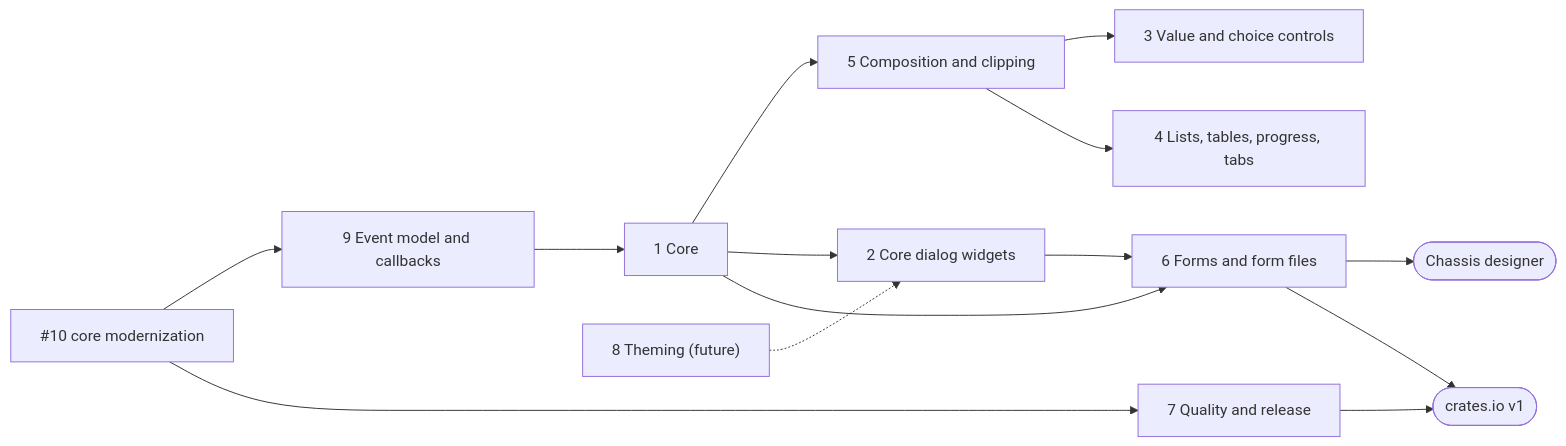
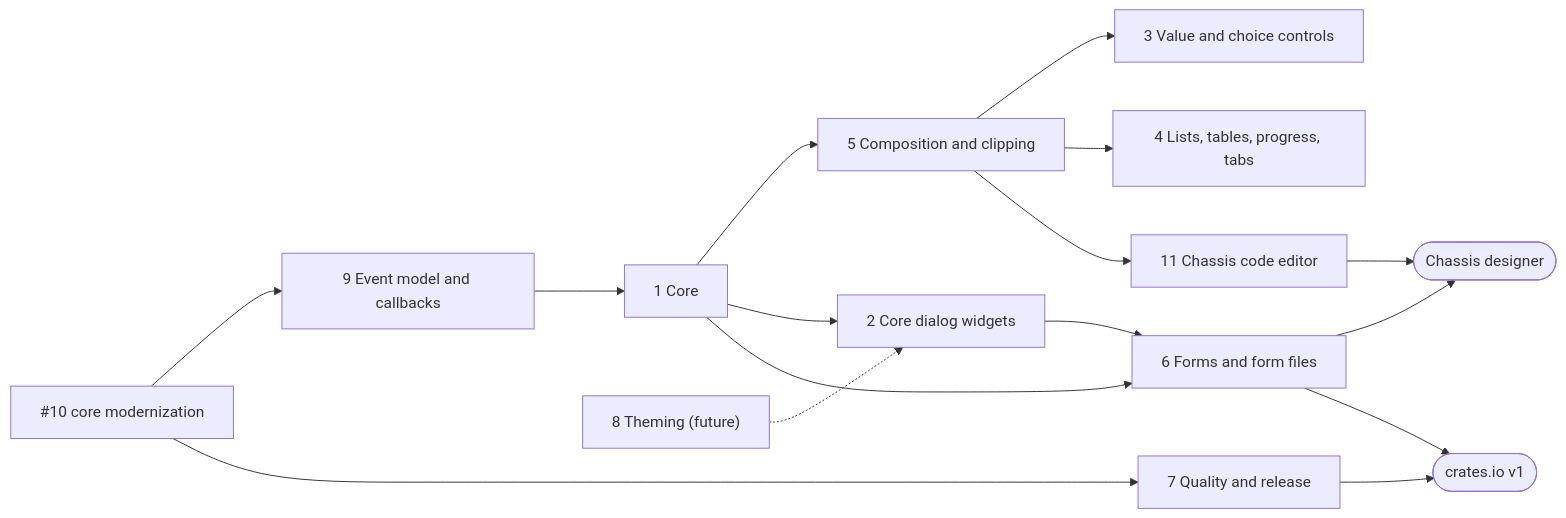
The diagram in docs/ROADMAP_EXTENSIBLE_WIDGET_LIBRARY.md (KenSuenobu/rust-pushrod), drawn with Mermaid before and after one commit. The commit also changed other lines of this file and 2 other files, not shown here.

First line of the commit message:
docs(roadmap): Epic 11, Chassis code editor (Tier 1), with its specification in docs/chassis/

````diff
--- a/docs/ROADMAP_EXTENSIBLE_WIDGET_LIBRARY.md
+++ b/docs/ROADMAP_EXTENSIBLE_WIDGET_LIBRARY.md
@@ -69,16 +71,18 @@
 ```mermaid
 flowchart LR
   PR10["#10 core modernization"] --> E9["9 Event model and callbacks"]
   E9 --> E1["1 Core"]
   PR10 --> E7["7 Quality and release"]
   E1 --> E5["5 Composition and clipping"]
   E1 --> E2["2 Core dialog widgets"]
   E5 --> E3["3 Value and choice controls"]
   E5 --> E4["4 Lists, tables, progress, tabs"]
   E2 --> E6["6 Forms and form files"]
   E1 --> E6
   E6 --> CH([Chassis designer])
+  E11["11 Chassis code editor"] --> CH
+  E5 --> E11
   E7 --> REL([crates.io v1])
   E6 --> REL
   E8["8 Theming (future)"] -.-> E2
 ```
````
